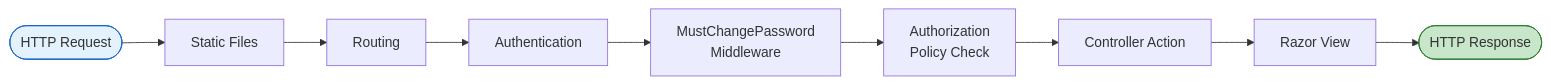
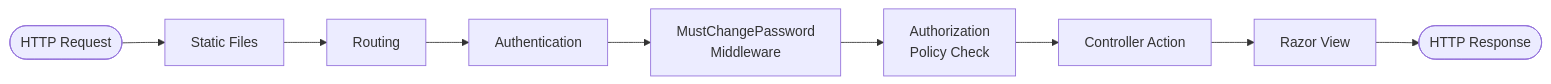
The fifth of 9 diagrams in README.md (aminabibi19961996-gif/LostAndFoundApp), drawn with Mermaid before and after one commit. The commit also changed other lines of this file, not shown here.

Commit message:
fix: remove custom Mermaid colors for GitHub theme compatibility

````diff
--- a/README.md
+++ b/README.md
@@ -543,14 +529,12 @@
 ```mermaid
 flowchart LR
  REQ([HTTP Request]) --> SF[Static Files]
  SF --> ROUTE[Routing]
  ROUTE --> AUTHM[Authentication]
  AUTHM --> MCP[MustChangePassword<br/>Middleware]
  MCP --> AUTHZ[Authorization<br/>Policy Check]
  AUTHZ --> CTRL[Controller Action]
  CTRL --> VIEW[Razor View]
  VIEW --> RES([HTTP Response])
 
- style REQ fill:#e3f2fd,stroke:#1565c0
- style RES fill:#c8e6c9,stroke:#2e7d32
 ```
````
